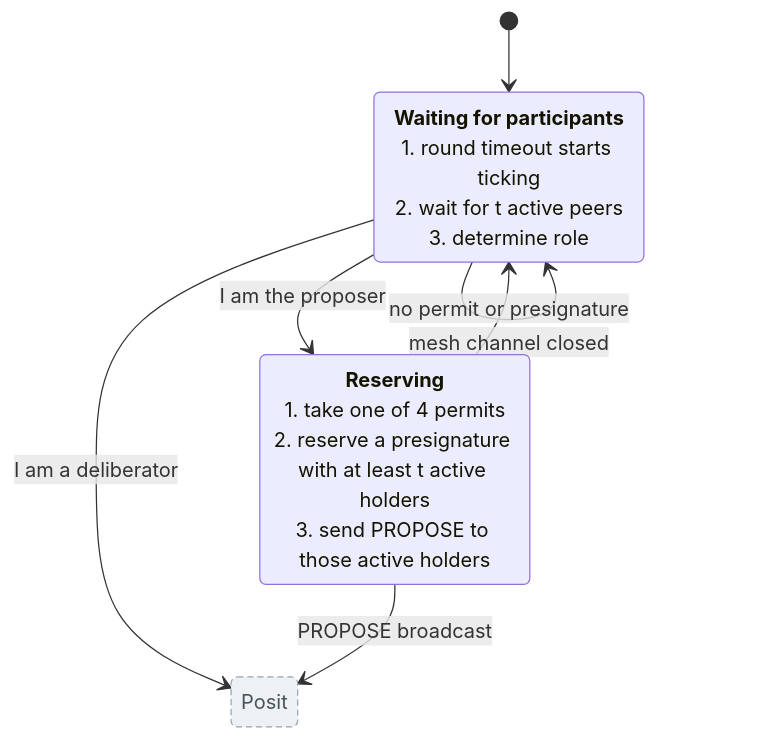
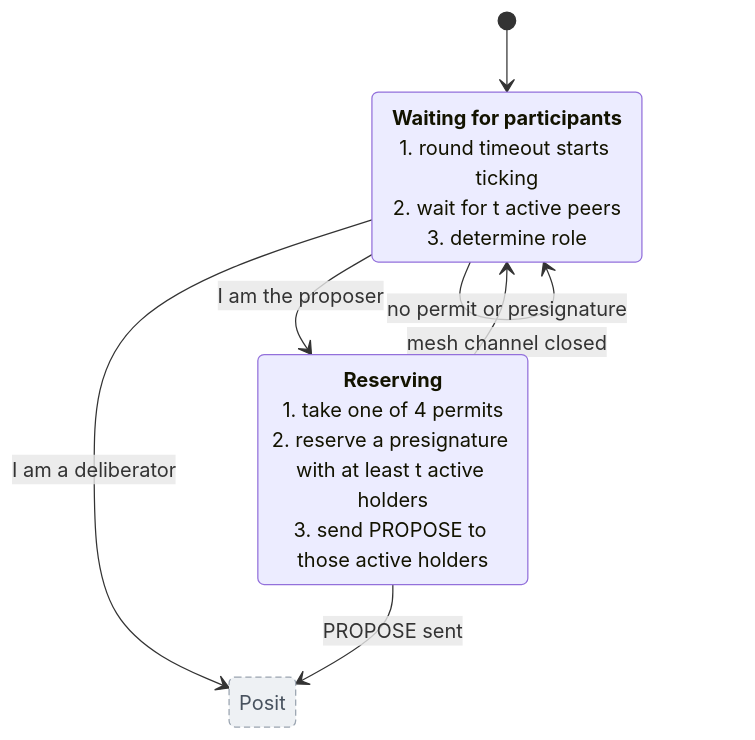
Before and after one commit to sig-net/mpc: the second of 6 diagrams in doc/posit_state_machine.md, drawn with Mermaid. The commit also changed other lines of this file, not shown here.

Commit message:
docs: drop TODO already answered by the message-recipients section

````diff
--- a/doc/posit_state_machine.md
+++ b/doc/posit_state_machine.md
@@ -68,17 +68,17 @@
 ```mermaid
 stateDiagram-v2
     state "<b>Waiting for participants</b><br/>1. round timeout starts ticking<br/>2. wait for t active peers<br/>3. determine role" as WaitingForParticipants
     state "<b>Reserving</b><br/>1. take one of 4 permits<br/>2. reserve a presignature with at least t active holders<br/>3. send PROPOSE to those active holders" as Reserving
     state "Posit" as PositOut
 
     [*] --> WaitingForParticipants
     WaitingForParticipants --> Reserving: I am the proposer
     WaitingForParticipants --> PositOut: I am a deliberator
-    Reserving --> PositOut: PROPOSE broadcast
+    Reserving --> PositOut: PROPOSE sent
 
     WaitingForParticipants --> WaitingForParticipants: mesh channel closed
     Reserving --> WaitingForParticipants: no permit or presignature
 
     classDef outside fill:#eef1f4,stroke:#9aa4b0,color:#48525e,stroke-dasharray:5 3
     class PositOut outside
 ```
````
